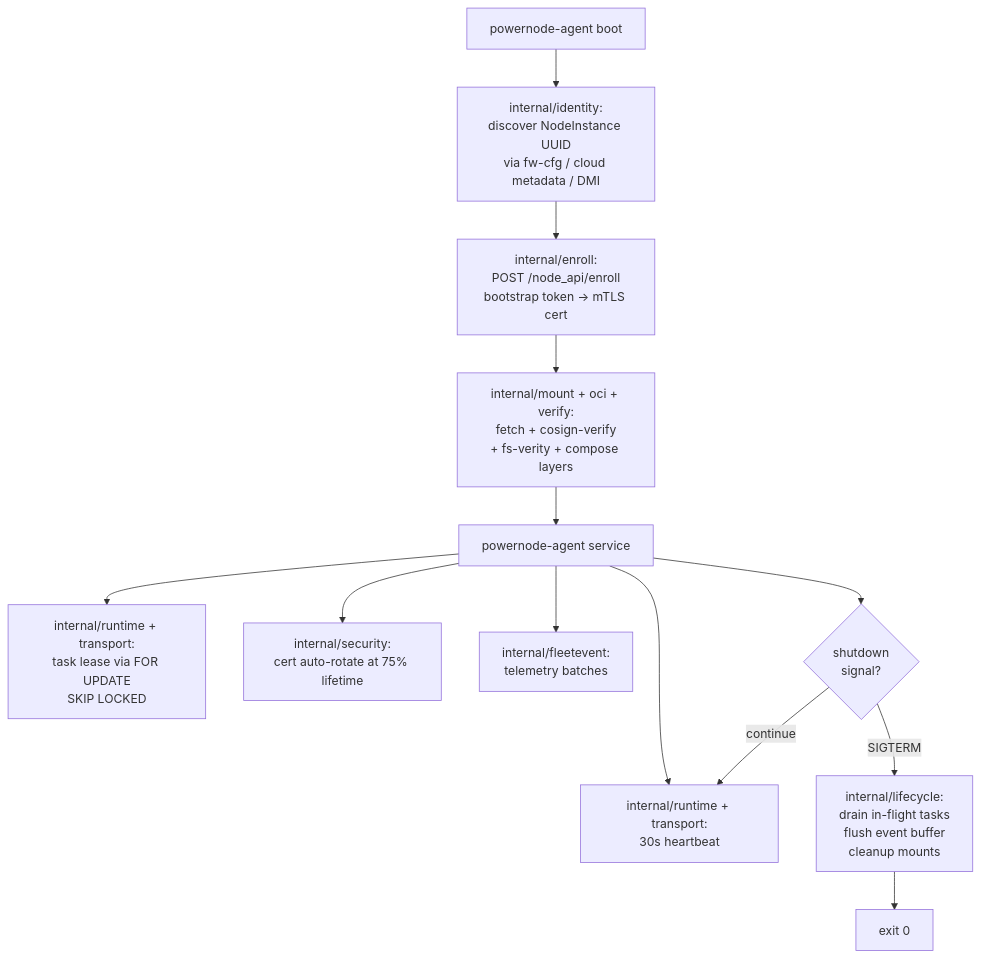
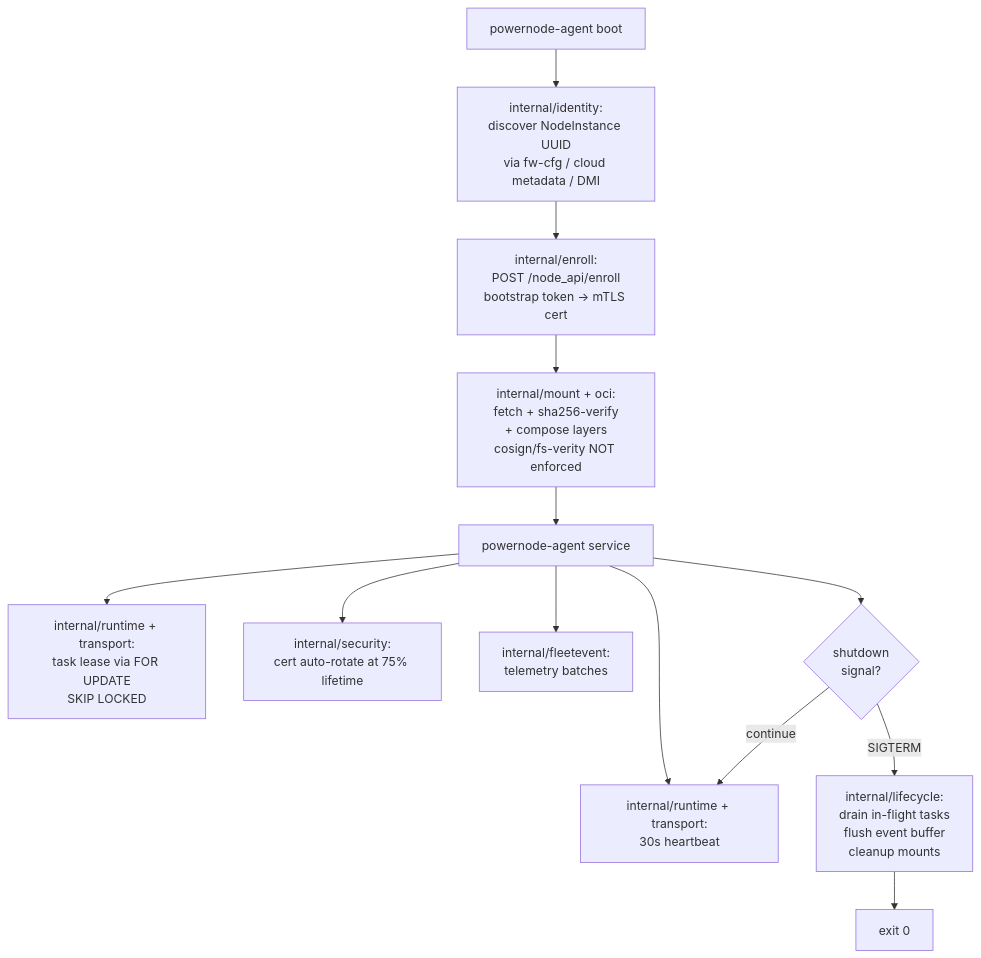
One commit to nodealchemy/powernode-system changed the first of 5 diagrams in docs/agent-internals.md. Above: the diagram before and after it, drawn with Mermaid. The commit also changed other lines of this file and 6 other files, not shown here.

````diff
--- a/docs/agent-internals.md
+++ b/docs/agent-internals.md
@@ -21,15 +21,15 @@
 ```mermaid
 flowchart TD
     Boot[powernode-agent boot] --> ID[internal/identity:<br/>discover NodeInstance UUID<br/>via fw-cfg / cloud metadata / DMI]
     ID --> Enroll[internal/enroll:<br/>POST /node_api/enroll<br/>bootstrap token → mTLS cert]
-    Enroll --> Mount[internal/mount + oci + verify:<br/>fetch + cosign-verify<br/>+ fs-verity + compose layers]
+    Enroll --> Mount[internal/mount + oci:<br/>fetch + sha256-verify<br/>+ compose layers<br/>cosign/fs-verity NOT enforced]
     Mount --> Svc[powernode-agent service]
     Svc --> Heart[internal/runtime + transport:<br/>30s heartbeat]
     Svc --> Task[internal/runtime + transport:<br/>task lease via FOR UPDATE<br/>SKIP LOCKED]
     Svc --> Rotate[internal/security:<br/>cert auto-rotate at 75% lifetime]
     Svc --> Event[internal/fleetevent:<br/>telemetry batches]
     Svc --> Term{shutdown<br/>signal?}
     Term -->|SIGTERM| Drain[internal/lifecycle:<br/>drain in-flight tasks<br/>flush event buffer<br/>cleanup mounts]
     Drain --> Exit[exit 0]
     Term -->|continue| Heart
 ```
````
